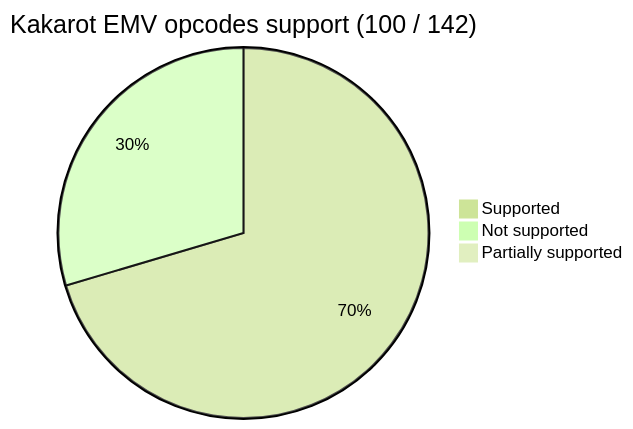
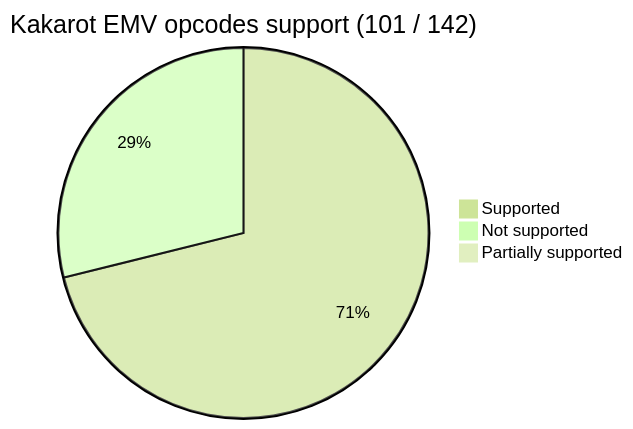
Before and after one commit to kkrt-labs/kakarot: the first of 2 diagrams in README.md, drawn with Mermaid. The commit also changed 6 other files, not shown here.

````diff
--- a/README.md
+++ b/README.md
@@ -40,9 +40,9 @@
 ```mermaid
 %%{init: {'theme': 'forest', 'themeVariables': { 'darkMode': 'false'}}}%%
 
-pie title Kakarot EMV opcodes support (100 / 142)
-    "Supported" : 100
-    "Not supported" : 42
+pie title Kakarot EMV opcodes support (101 / 142)
+    "Supported" : 101
+    "Not supported" : 41
 
     "Partially supported" : 0
 ```
````
